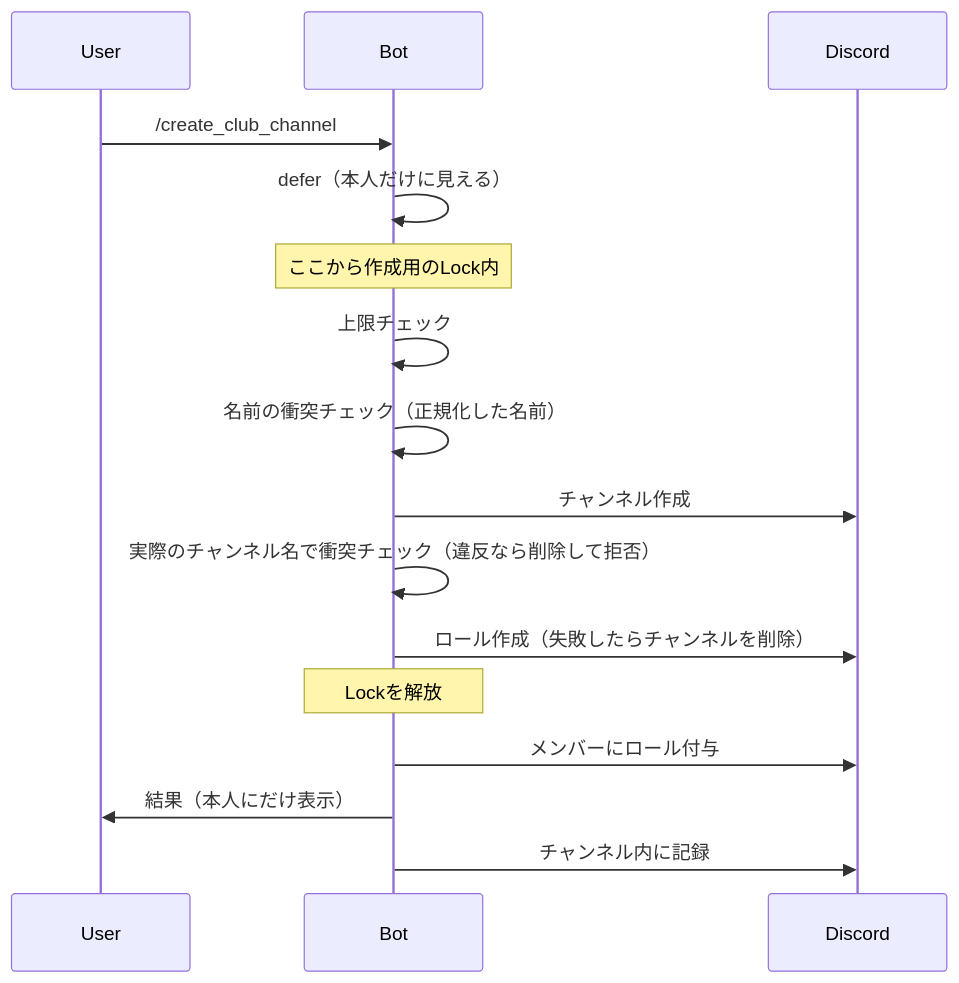
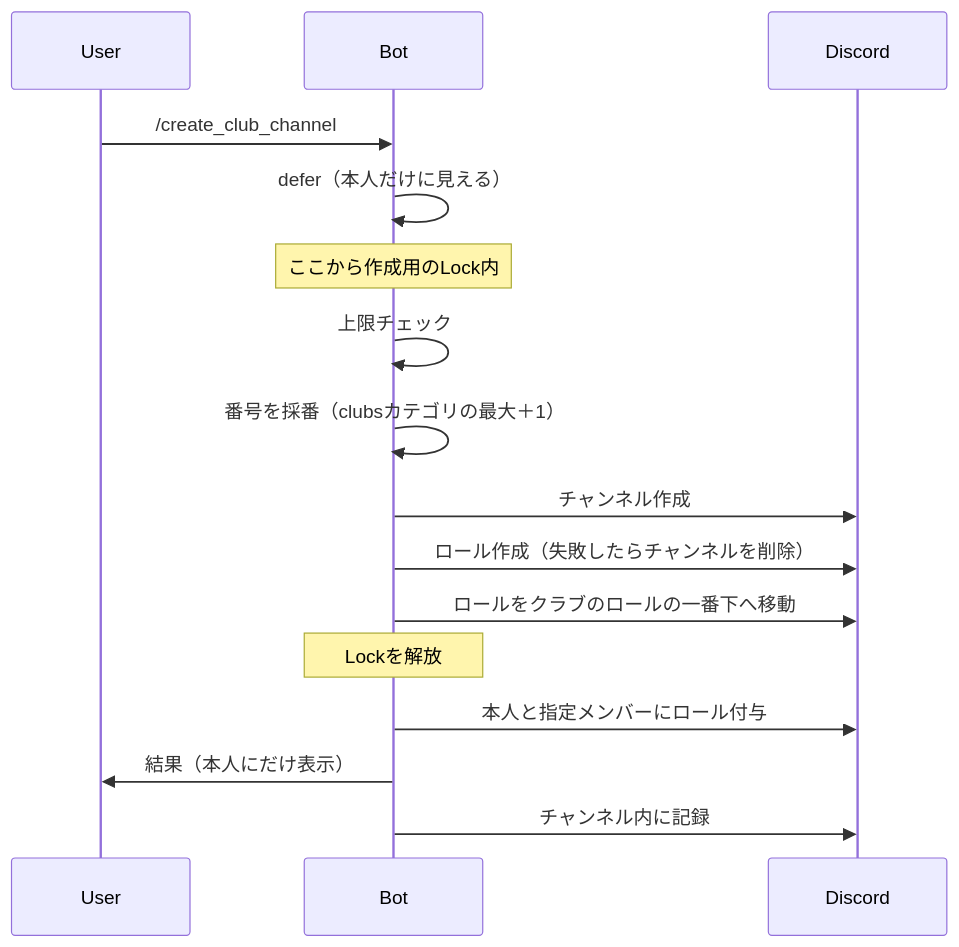
Before and after one commit to TECH-C-InTech/intech-discord-bot: the diagram in docs/CLUB_CHANNEL.md, drawn with Mermaid. The commit also changed other lines of this file and 5 other files, not shown here.

````diff
--- a/docs/CLUB_CHANNEL.md
+++ b/docs/CLUB_CHANNEL.md
@@ -92,19 +71,19 @@
 ```mermaid
 sequenceDiagram
     participant User
     participant Bot
     participant Discord
 
     User->>Bot: /create_club_channel
     Bot->>Bot: defer（本人だけに見える）
     Note over Bot: ここから作成用のLock内
     Bot->>Bot: 上限チェック
-    Bot->>Bot: 名前の衝突チェック（正規化した名前）
+    Bot->>Bot: 番号を採番（clubsカテゴリの最大＋1）
     Bot->>Discord: チャンネル作成
-    Bot->>Bot: 実際のチャンネル名で衝突チェック（違反なら削除して拒否）
     Bot->>Discord: ロール作成（失敗したらチャンネルを削除）
+    Bot->>Discord: ロールをクラブのロールの一番下へ移動
     Note over Bot: Lockを解放
-    Bot->>Discord: メンバーにロール付与
+    Bot->>Discord: 本人と指定メンバーにロール付与
     Bot->>User: 結果（本人にだけ表示）
     Bot->>Discord: チャンネル内に記録
 ```
````
